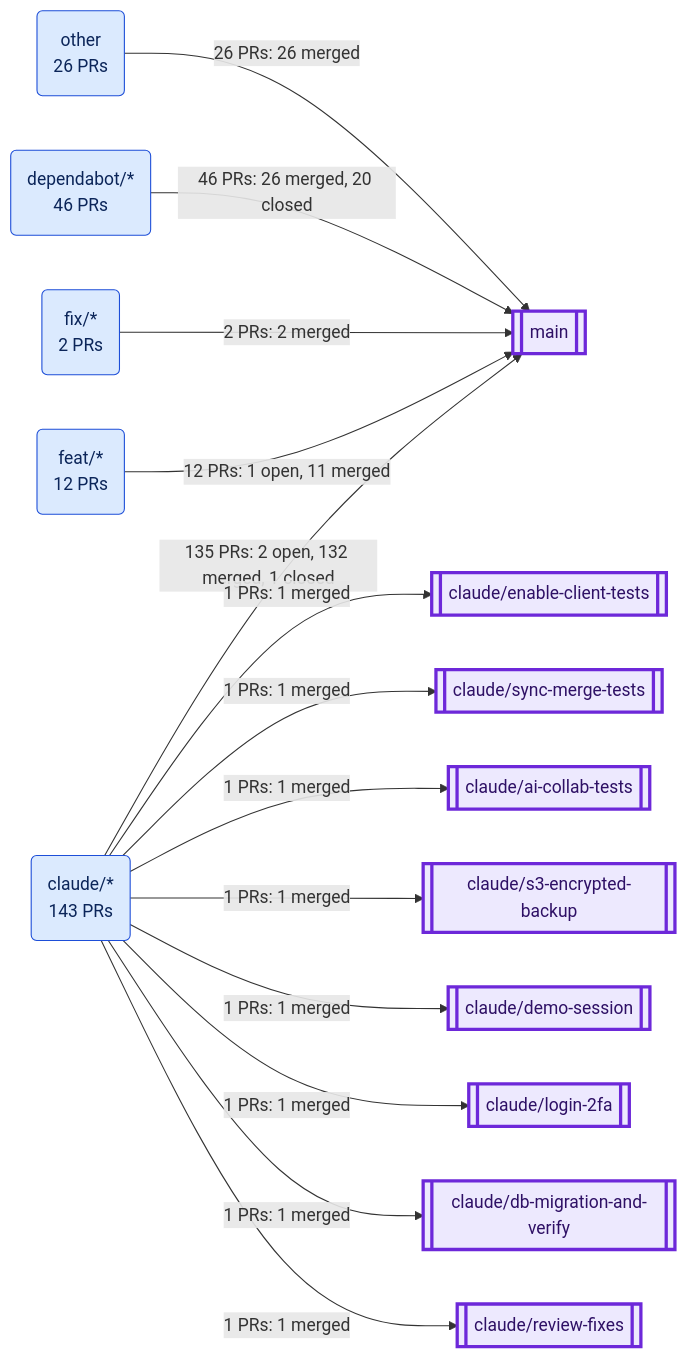
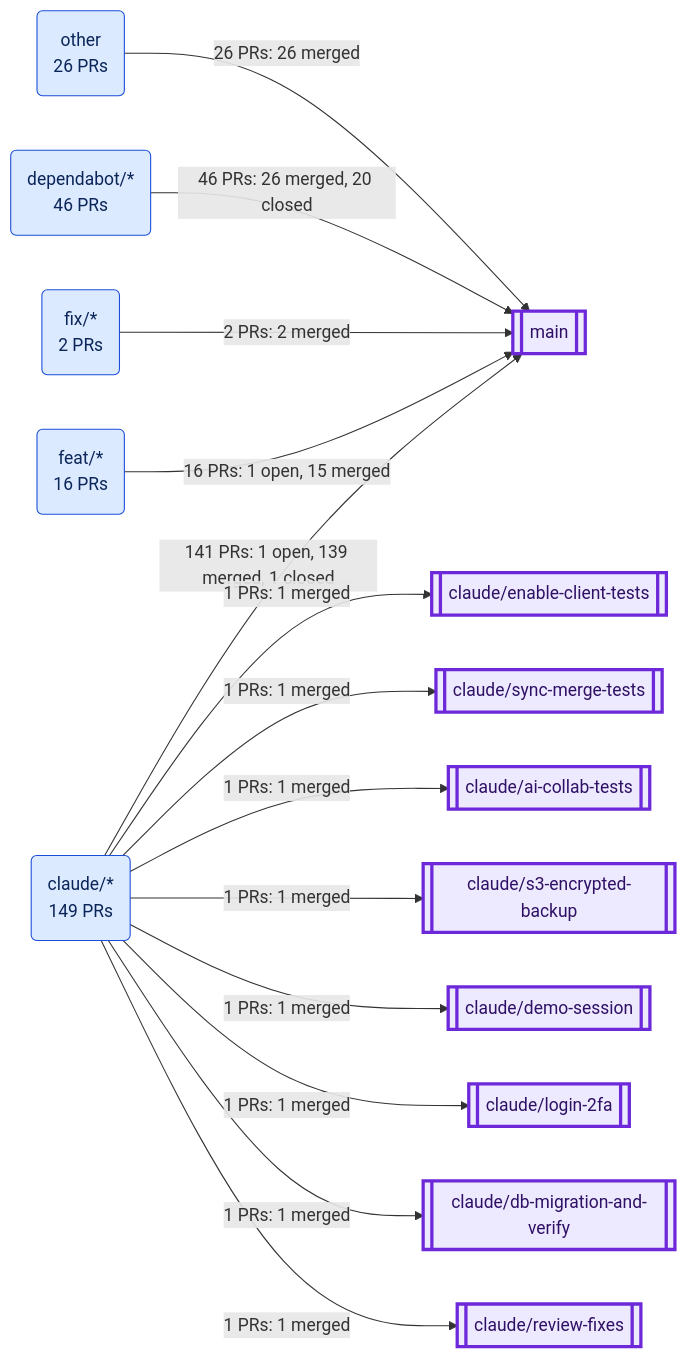
One commit to VijayKumaro7/NotionAI_Notepad changed the first of 7 diagrams in docs/PR_BRANCH_VISUALIZATION.md. Above: the diagram before and after it, drawn with Mermaid. The commit also changed other lines of this file and 4 other files, not shown here.

````diff
--- a/docs/PR_BRANCH_VISUALIZATION.md
+++ b/docs/PR_BRANCH_VISUALIZATION.md
@@ -37,35 +37,35 @@
 ```mermaid
 flowchart LR
-  g0("claude/*<br/>143 PRs"):::source
+  g0("claude/*<br/>149 PRs"):::source
   g1("dependabot/*<br/>46 PRs"):::source
-  g2("feat/*<br/>12 PRs"):::source
+  g2("feat/*<br/>16 PRs"):::source
   g3("fix/*<br/>2 PRs"):::source
   g4("other<br/>26 PRs"):::source
   b7[["claude/ai-collab-tests"]]:::target
-  b17[["claude/db-migration-and-verify"]]:::target
-  b19[["claude/demo-session"]]:::target
-  b23[["claude/enable-client-tests"]]:::target
-  b35[["claude/login-2fa"]]:::target
-  b43[["claude/review-fixes"]]:::target
-  b44[["claude/s3-encrypted-backup"]]:::target
-  b57[["claude/sync-merge-tests"]]:::target
-  b125[["main"]]:::target
-  g4 -->|"26 PRs: 26 merged"| b125
-  g0 -->|"135 PRs: 2 open, 132 merged, 1 closed"| b125
-  g0 -->|"1 PRs: 1 merged"| b23
-  g0 -->|"1 PRs: 1 merged"| b57
+  b18[["claude/db-migration-and-verify"]]:::target
+  b20[["claude/demo-session"]]:::target
+  b24[["claude/enable-client-tests"]]:::target
+  b37[["claude/login-2fa"]]:::target
+  b46[["claude/review-fixes"]]:::target
+  b47[["claude/s3-encrypted-backup"]]:::target
+  b61[["claude/sync-merge-tests"]]:::target
+  b133[["main"]]:::target
+  g4 -->|"26 PRs: 26 merged"| b133
+  g0 -->|"141 PRs: 1 open, 139 merged, 1 closed"| b133
+  g0 -->|"1 PRs: 1 merged"| b24
+  g0 -->|"1 PRs: 1 merged"| b61
   g0 -->|"1 PRs: 1 merged"| b7
-  g0 -->|"1 PRs: 1 merged"| b44
-  g0 -->|"1 PRs: 1 merged"| b19
-  g1 -->|"46 PRs: 26 merged, 20 closed"| b125
-  g0 -->|"1 PRs: 1 merged"| b35
-  g0 -->|"1 PRs: 1 merged"| b17
-  g0 -->|"1 PRs: 1 merged"| b43
-  g3 -->|"2 PRs: 2 merged"| b125
-  g2 -->|"12 PRs: 1 open, 11 merged"| b125
+  g0 -->|"1 PRs: 1 merged"| b47
+  g0 -->|"1 PRs: 1 merged"| b20
+  g1 -->|"46 PRs: 26 merged, 20 closed"| b133
+  g0 -->|"1 PRs: 1 merged"| b37
+  g0 -->|"1 PRs: 1 merged"| b18
+  g0 -->|"1 PRs: 1 merged"| b46
+  g3 -->|"2 PRs: 2 merged"| b133
+  g2 -->|"16 PRs: 1 open, 15 merged"| b133
   classDef source fill:#dbeafe,stroke:#1d4ed8,color:#0b2559
   classDef target fill:#ede9fe,stroke:#6d28d9,stroke-width:3px,color:#2e1065
   classDef open fill:#fef3c7,stroke:#b45309,stroke-width:2px,color:#451a03
   classDef merged fill:#dcfce7,stroke:#15803d,color:#052e16
   classDef closed fill:#f3f4f6,stroke:#b91c1c,stroke-dasharray:5 3,color:#111827
 ```
````
